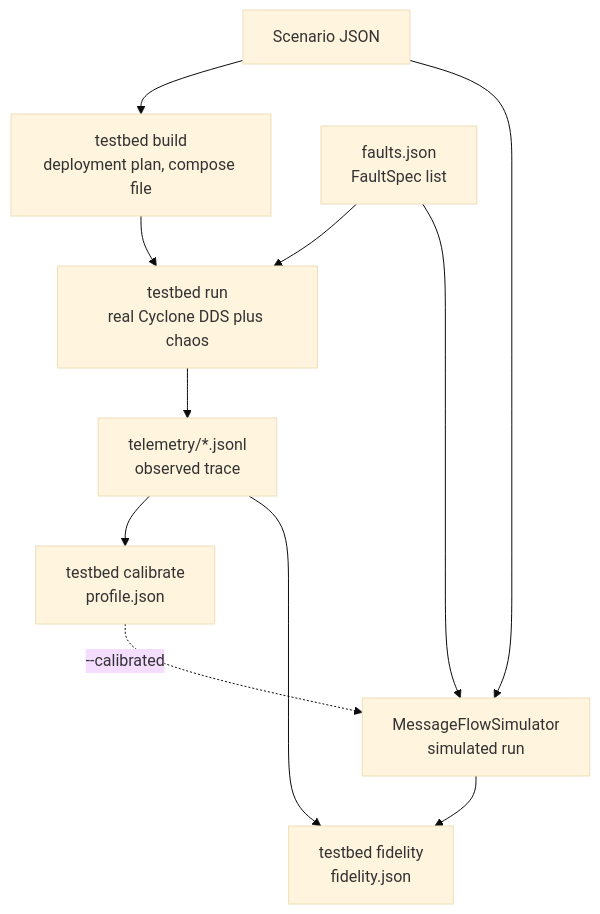
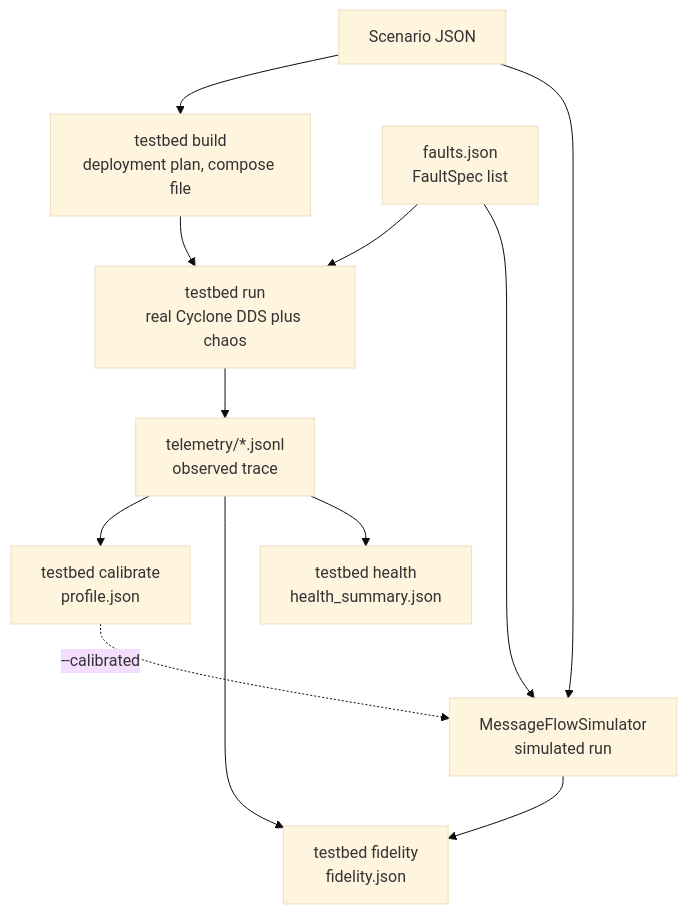
Before and after one commit to onuralpyigit/software-as-a-graph: the second of 3 diagrams in docs/simulation-extensions.md, drawn with Mermaid (base theme). The commit also changed other lines of this file and 5 other files, not shown here.

First line of the commit message:
Enhance documentation and functionality for testbed health and operational criticality

````diff
--- a/docs/simulation-extensions.md
+++ b/docs/simulation-extensions.md
@@ -264,13 +264,14 @@
 ```mermaid
 flowchart TD
     SC["Scenario JSON"] --> B["testbed build<br>deployment plan, compose file"]
     SC --> SIM["MessageFlowSimulator<br>simulated run"]
     FL["faults.json<br>FaultSpec list"] --> R
     FL --> SIM
     B --> R["testbed run<br>real Cyclone DDS plus chaos"]
     R --> T["telemetry/*.jsonl<br>observed trace"]
     T --> C["testbed calibrate<br>profile.json"]
     C -. "--calibrated" .-> SIM
     T --> F["testbed fidelity<br>fidelity.json"]
     SIM --> F
+    T --> H["testbed health<br>health_summary.json"]
 ```
````
